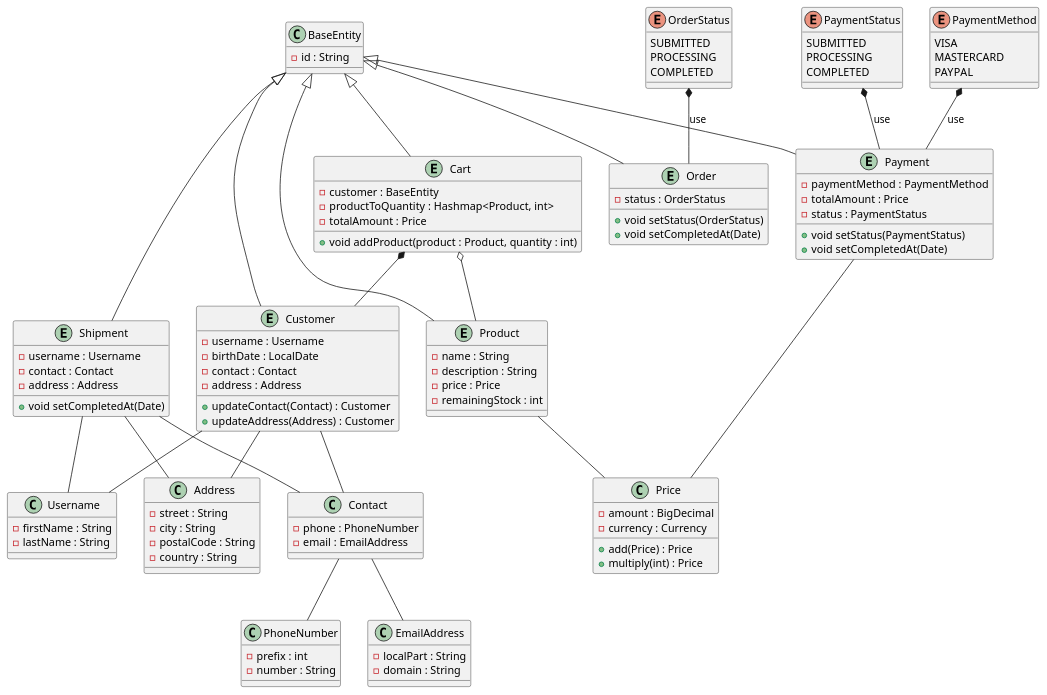
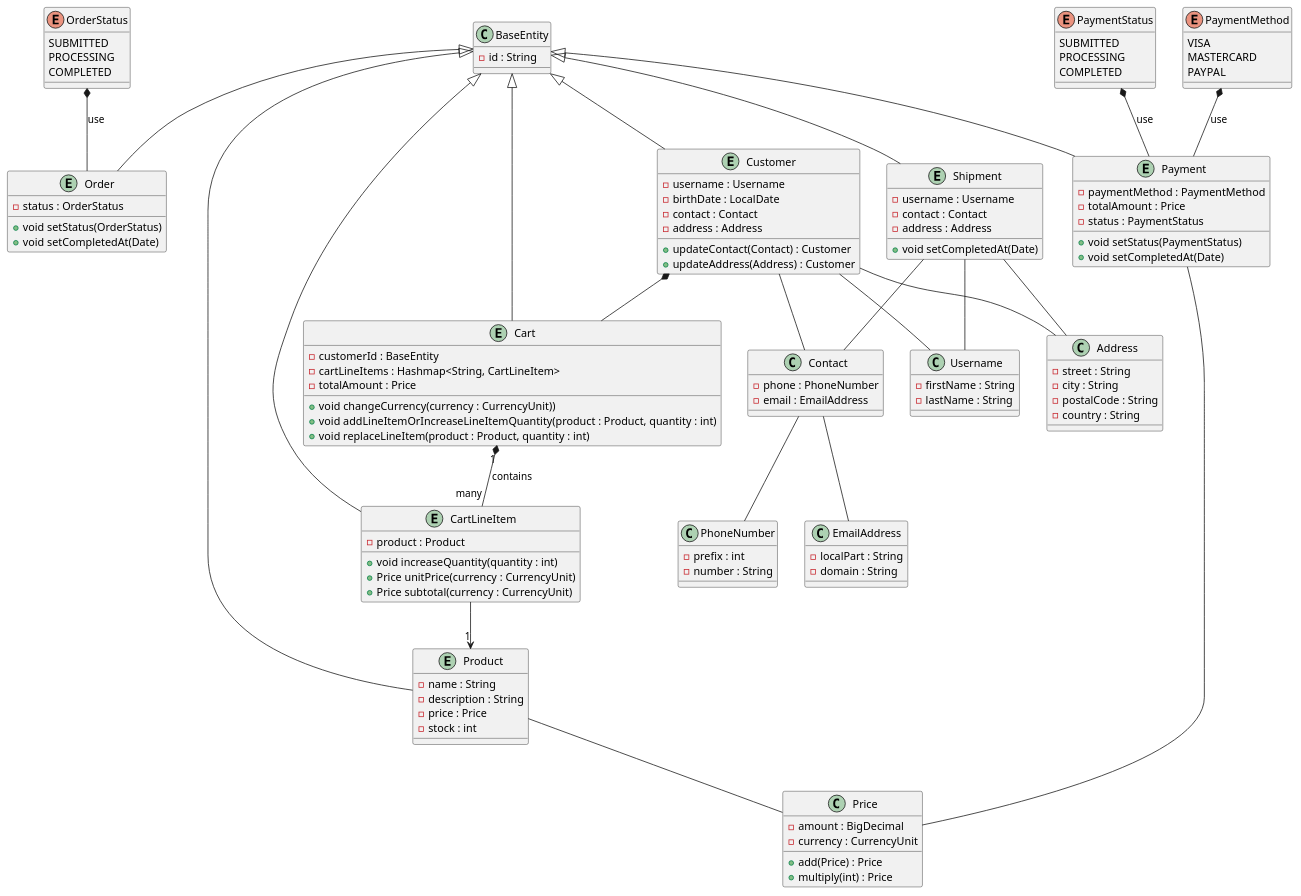
One commit to kagokla/lexailec-store changed the diagram in doc/domain_model_diagram.puml. Above: the diagram before and after it, drawn with PlantUML.

Commit message:
Updated the documentation - Usage of CurrencyUnit instead of Currency - New class CartLineItem and its composition with Cart - Fixed the class Cart

```diff
--- a/doc/domain_model_diagram.puml
+++ b/doc/domain_model_diagram.puml
@@ -1,122 +1,132 @@
 @startuml
 'https://plantuml.com/class-diagram
 
 
 class BaseEntity {
 - id : String
 }
 
 class PhoneNumber {
 - prefix : int
 - number : String
 }
 
 class EmailAddress {
 - localPart : String
 - domain : String
 }
 
 class Contact {
 - phone : PhoneNumber
 - email : EmailAddress
 }
 
 class Address {
 - street : String
 - city : String
 - postalCode : String
 - country : String
 }
 
 class Username {
 - firstName : String
 - lastName : String
 }
 
 entity Customer extends BaseEntity {
 - username : Username
 - birthDate : LocalDate
 - contact : Contact
 - address : Address
 + updateContact(Contact) : Customer
 + updateAddress(Address) : Customer
 }
 
 class Price {
 - amount : BigDecimal
-- currency : Currency
+- currency : CurrencyUnit
 + add(Price) : Price
 + multiply(int) : Price
 }
 
 entity Product extends BaseEntity {
 - name : String
 - description : String
 - price : Price
-- remainingStock : int
+- stock : int
 }
 
 enum PaymentStatus {
 SUBMITTED
 PROCESSING
 COMPLETED
 }
 
 enum PaymentMethod {
 VISA
 MASTERCARD
 PAYPAL
 }
 
 entity Payment extends BaseEntity {
 - paymentMethod : PaymentMethod
 - totalAmount : Price
 - status : PaymentStatus
 + void setStatus(PaymentStatus)
 + void setCompletedAt(Date)
 }
 
 
 entity Shipment extends BaseEntity {
 - username : Username
 - contact : Contact
 - address : Address
 + void setCompletedAt(Date)
 }
 
+entity CartLineItem extends BaseEntity {
+- product : Product
++ void increaseQuantity(quantity : int)
++ Price unitPrice(currency : CurrencyUnit)
++ Price subtotal(currency : CurrencyUnit)
+}
+
 entity Cart extends BaseEntity {
-- customer : BaseEntity
-- productToQuantity : Hashmap<Product, int>
+- customerId : BaseEntity
+- cartLineItems : Hashmap<String, CartLineItem>
 - totalAmount : Price
-+ void addProduct(product : Product, quantity : int)
++ void changeCurrency(currency : CurrencyUnit))
++ void addLineItemOrIncreaseLineItemQuantity(product : Product, quantity : int)
++ void replaceLineItem(product : Product, quantity : int)
 }
 
 enum OrderStatus {
 SUBMITTED
 PROCESSING
 COMPLETED
 }
 
 entity Order extends BaseEntity {
 - status : OrderStatus
 + void setStatus(OrderStatus)
 + void setCompletedAt(Date)
 }
 
-Cart o-- Product
-Cart *-- Customer
+CartLineItem --> "1" Product
+Cart "1" *-- "many" CartLineItem : contains
+Customer *-- Cart
 Payment -- Price
 Product -- Price
 OrderStatus *-- Order : use
 PaymentStatus *-- Payment : use
 PaymentMethod *-- Payment : use
 Contact -- PhoneNumber
 Contact -- EmailAddress
 Customer -- Contact
 Customer -- Username
 Customer -- Address
 Shipment -- Contact
 Shipment -- Username
 Shipment -- Address
 
 @enduml
```
